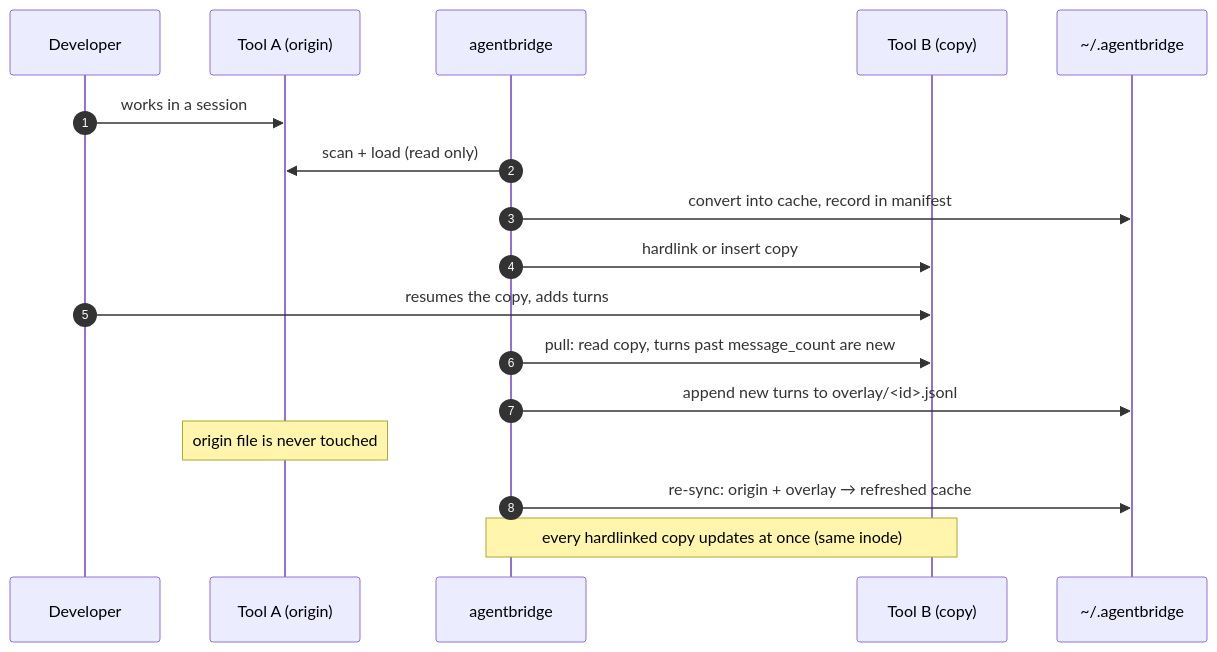
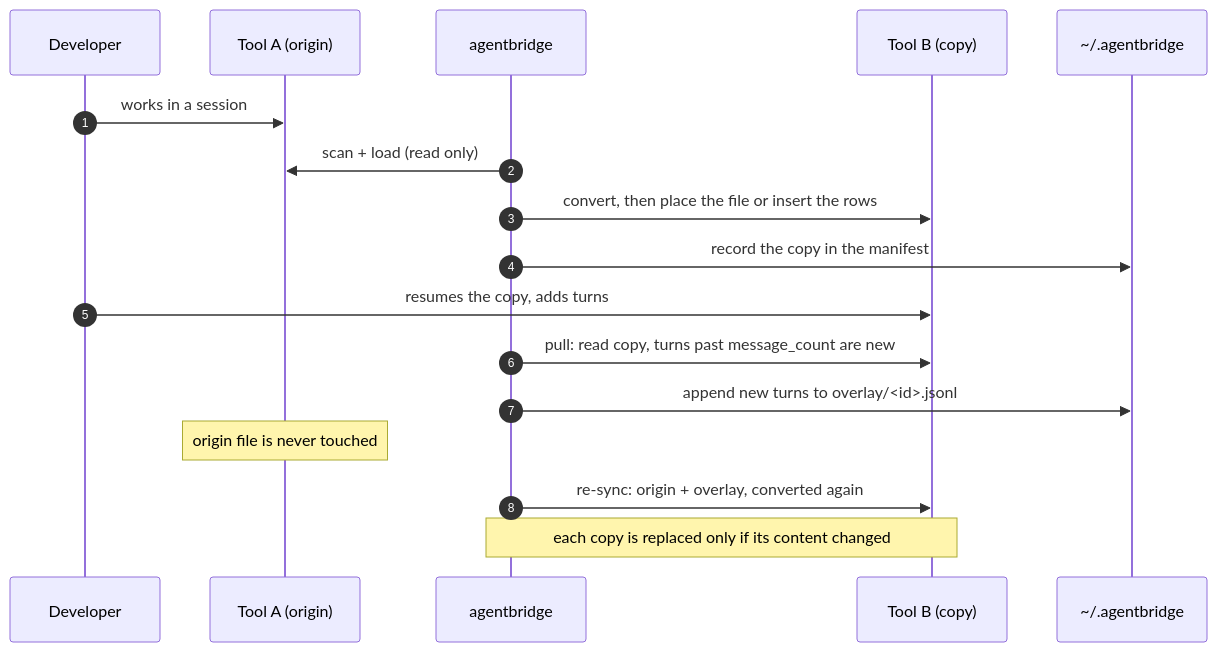
One commit to 45Harry/agentbridge changed the fourth of 12 diagrams in ARCHITECTURE.md. Above: the diagram before and after it, drawn with Mermaid. The commit also changed other lines of this file and 1 other file, not shown here.

First line of the commit message:
docs: bring ARCHITECTURE.md in line with the code

````diff
--- a/ARCHITECTURE.md
+++ b/ARCHITECTURE.md
@@ -130,20 +138,20 @@
 ```mermaid
 sequenceDiagram
     autonumber
     participant U as Developer
     participant A as Tool A (origin)
     participant AB as agentbridge
     participant B as Tool B (copy)
     participant D as ~/.agentbridge
 
     U->>A: works in a session
     AB->>A: scan + load (read only)
-    AB->>D: convert into cache, record in manifest
-    AB->>B: hardlink or insert copy
+    AB->>B: convert, then place the file or insert the rows
+    AB->>D: record the copy in the manifest
     U->>B: resumes the copy, adds turns
     AB->>B: pull: read copy, turns past message_count are new
     AB->>D: append new turns to overlay/<id>.jsonl
     Note over A: origin file is never touched
-    AB->>D: re-sync: origin + overlay → refreshed cache
-    Note over AB,B: every hardlinked copy updates at once (same inode)
+    AB->>B: re-sync: origin + overlay, converted again
+    Note over AB,B: each copy is replaced only if its content changed
 ```
````
